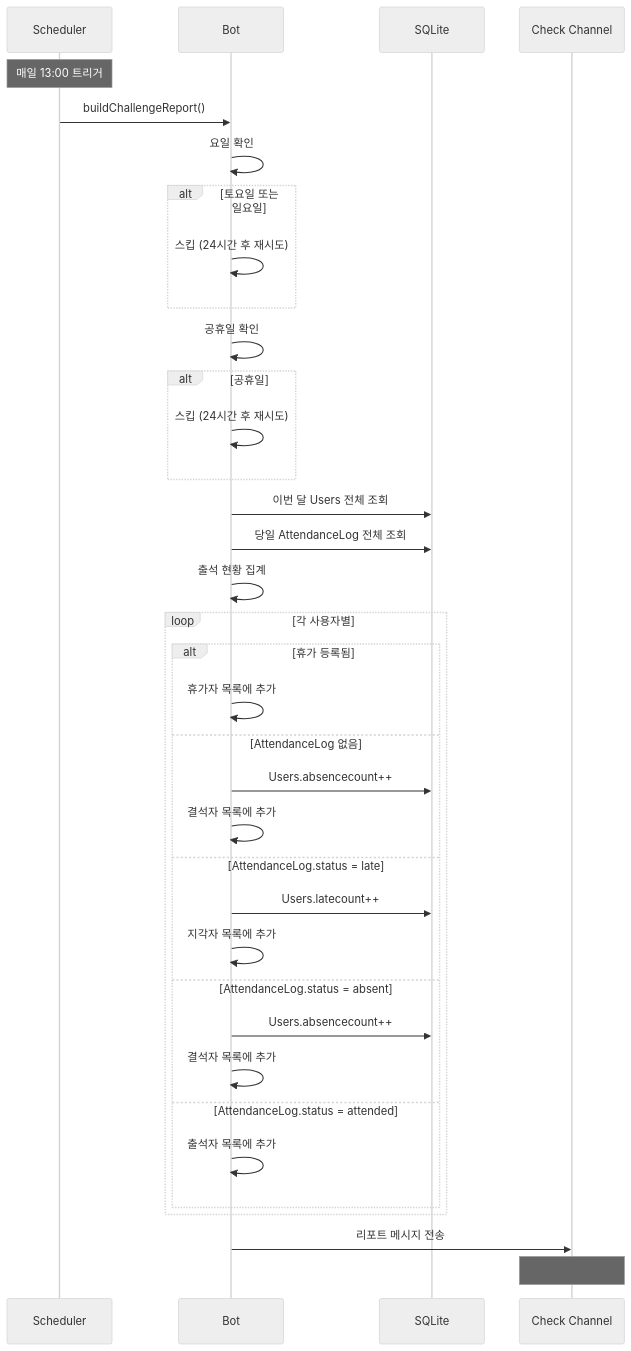
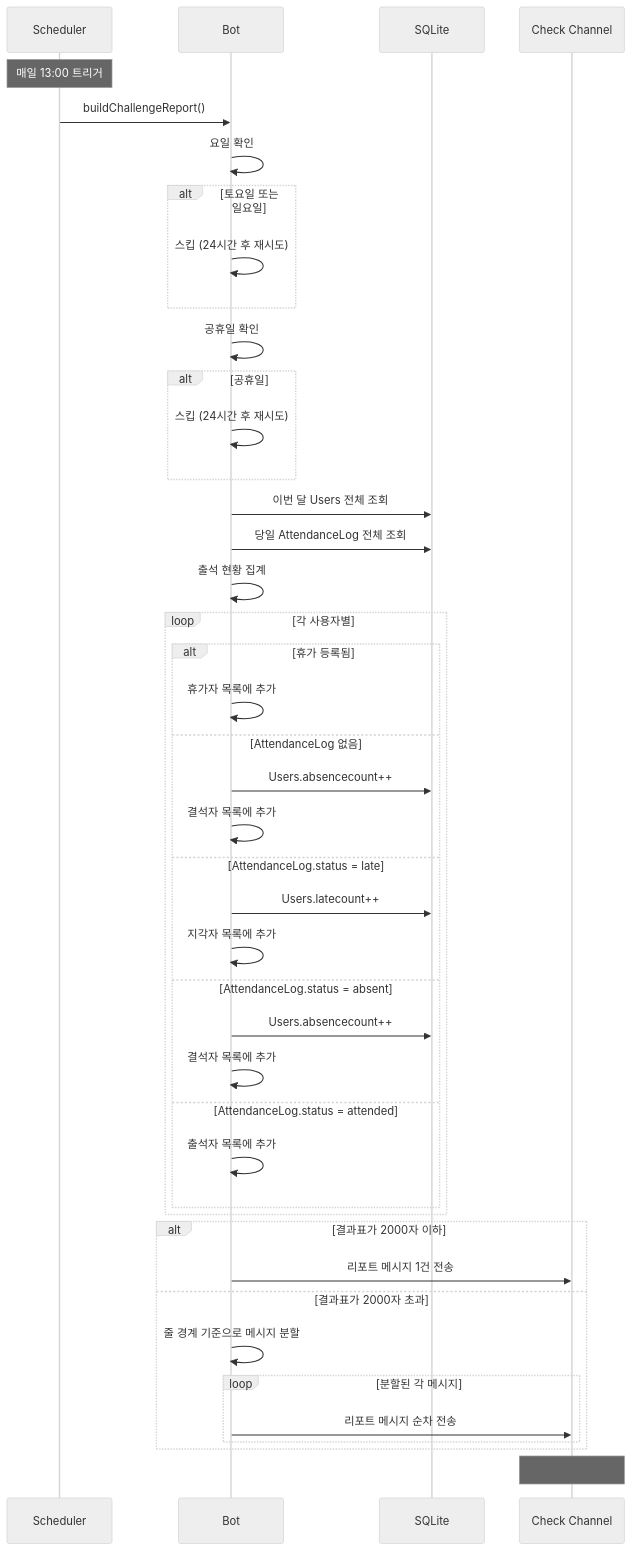
One commit to honki12345/haruharu-discord-bot changed the fourth of 12 diagrams in docs/USER_STORIES.md. Above: the diagram before and after it, drawn with Mermaid (neutral theme). The commit also changed other lines of this file and 5 other files, not shown here.

````diff
--- a/docs/USER_STORIES.md
+++ b/docs/USER_STORIES.md
@@ -162,45 +163,52 @@
 ```mermaid
 sequenceDiagram
     participant S as Scheduler
     participant B as Bot
     participant DB as SQLite
     participant C as Check Channel
 
     Note over S: 매일 13:00 트리거
     S->>B: buildChallengeReport()
 
     B->>B: 요일 확인
     alt 토요일 또는 일요일
         B->>B: 스킵 (24시간 후 재시도)
     end
 
     B->>B: 공휴일 확인
     alt 공휴일
         B->>B: 스킵 (24시간 후 재시도)
     end
 
     B->>DB: 이번 달 Users 전체 조회
     B->>DB: 당일 AttendanceLog 전체 조회
 
     B->>B: 출석 현황 집계
 
     loop 각 사용자별
         alt 휴가 등록됨
             B->>B: 휴가자 목록에 추가
         else AttendanceLog 없음
             B->>DB: Users.absencecount++
             B->>B: 결석자 목록에 추가
         else AttendanceLog.status = late
             B->>DB: Users.latecount++
             B->>B: 지각자 목록에 추가
         else AttendanceLog.status = absent
             B->>DB: Users.absencecount++
             B->>B: 결석자 목록에 추가
         else AttendanceLog.status = attended
             B->>B: 출석자 목록에 추가
         end
     end
 
-    B->>C: 리포트 메시지 전송
+    alt 결과표가 2000자 이하
+        B->>C: 리포트 메시지 1건 전송
+    else 결과표가 2000자 초과
+        B->>B: 줄 경계 기준으로 메시지 분할
+        loop 분할된 각 메시지
+            B->>C: 리포트 메시지 순차 전송
+        end
+    end
     Note over C: ### 20251208 출석표<br/>- 홍길동: 출석 (월 누적 지각 0회, 결석 0회, 잔여휴가 5일)<br/>- 이영희: 지각 (월 누적 지각 3회, 결석 1회, 잔여휴가 5일)<br/>- 박민수: 휴가 (월 누적 지각 0회, 결석 0회, 잔여휴가 4일)<br/>- 최민지: 결석 (월 누적 지각 0회, 결석 2회, 잔여휴가 5일)
 ```
````
